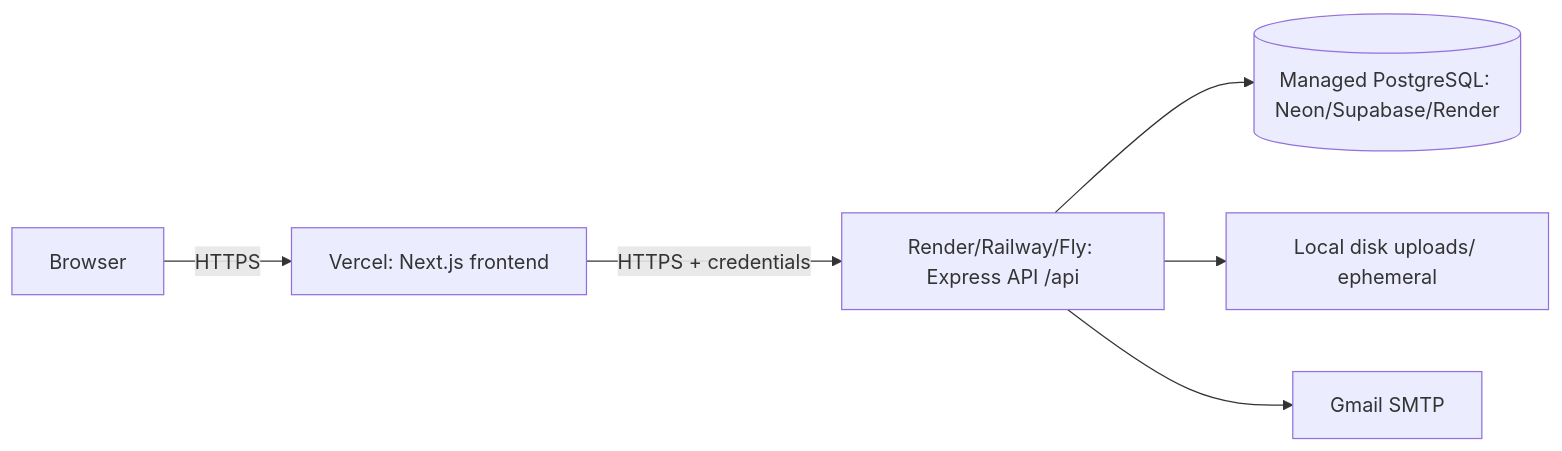
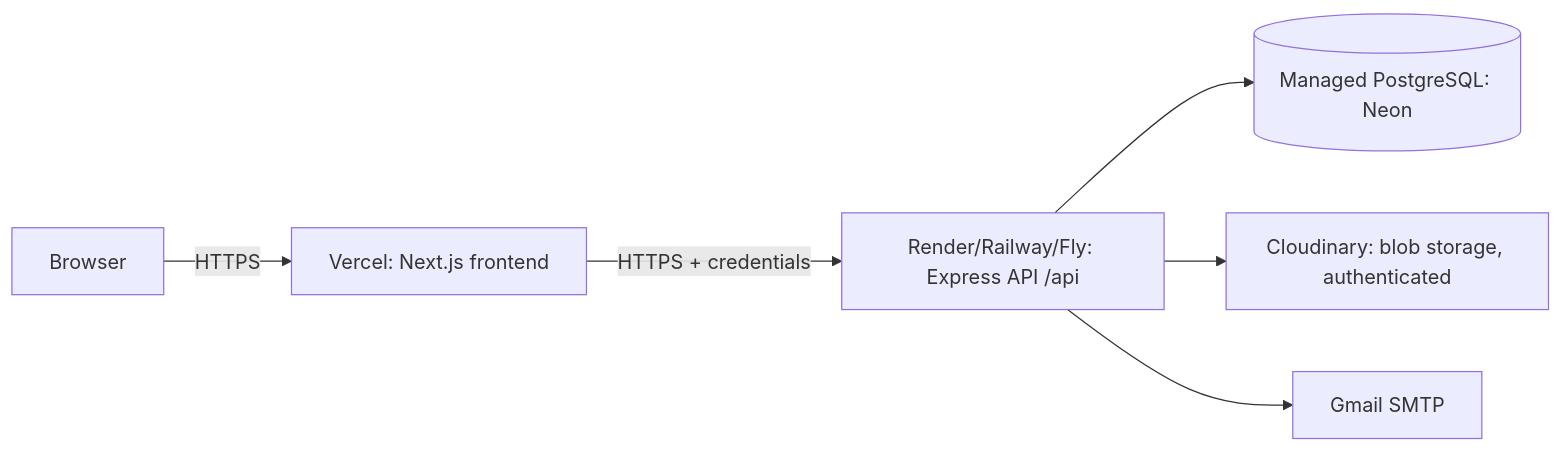
Before and after one commit to Mohand-Hatem/Gold-Era: the diagram in docs/24-Deployment-Architecture.md, drawn with Mermaid. The commit also changed other lines of this file and 15 other files, not shown here.

First line of the commit message:
docs: switch blob storage to Cloudinary, supersede ADR-004

````diff
--- a/docs/24-Deployment-Architecture.md
+++ b/docs/24-Deployment-Architecture.md
@@ -7,8 +7,8 @@
 ```mermaid
 flowchart LR
   U[Browser] -->|HTTPS| V[Vercel: Next.js frontend]
   V -->|HTTPS + credentials| B[Render/Railway/Fly: Express API /api]
-  B --> DB[(Managed PostgreSQL: Neon/Supabase/Render)]
-  B --> FS[Local disk uploads/ ephemeral]
+  B --> DB[(Managed PostgreSQL: Neon)]
+  B --> CL[Cloudinary: blob storage, authenticated]
   B --> SMTP[Gmail SMTP]
 ```
````
